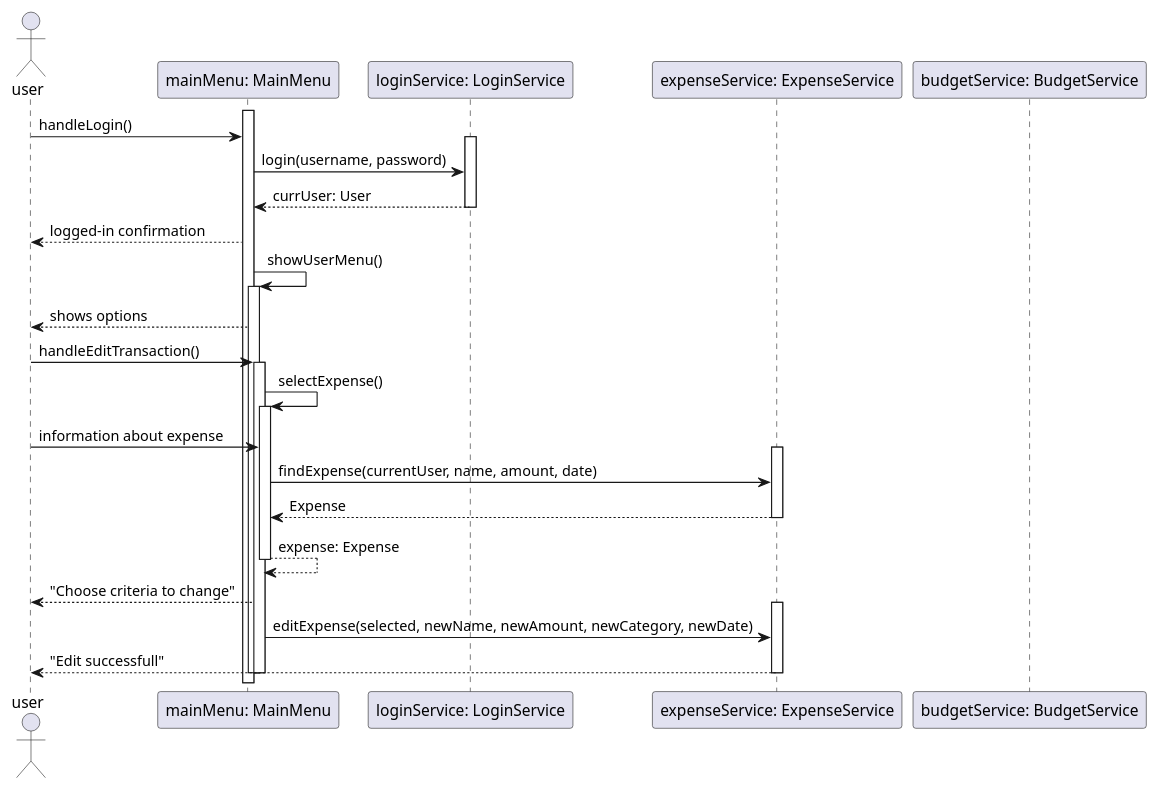
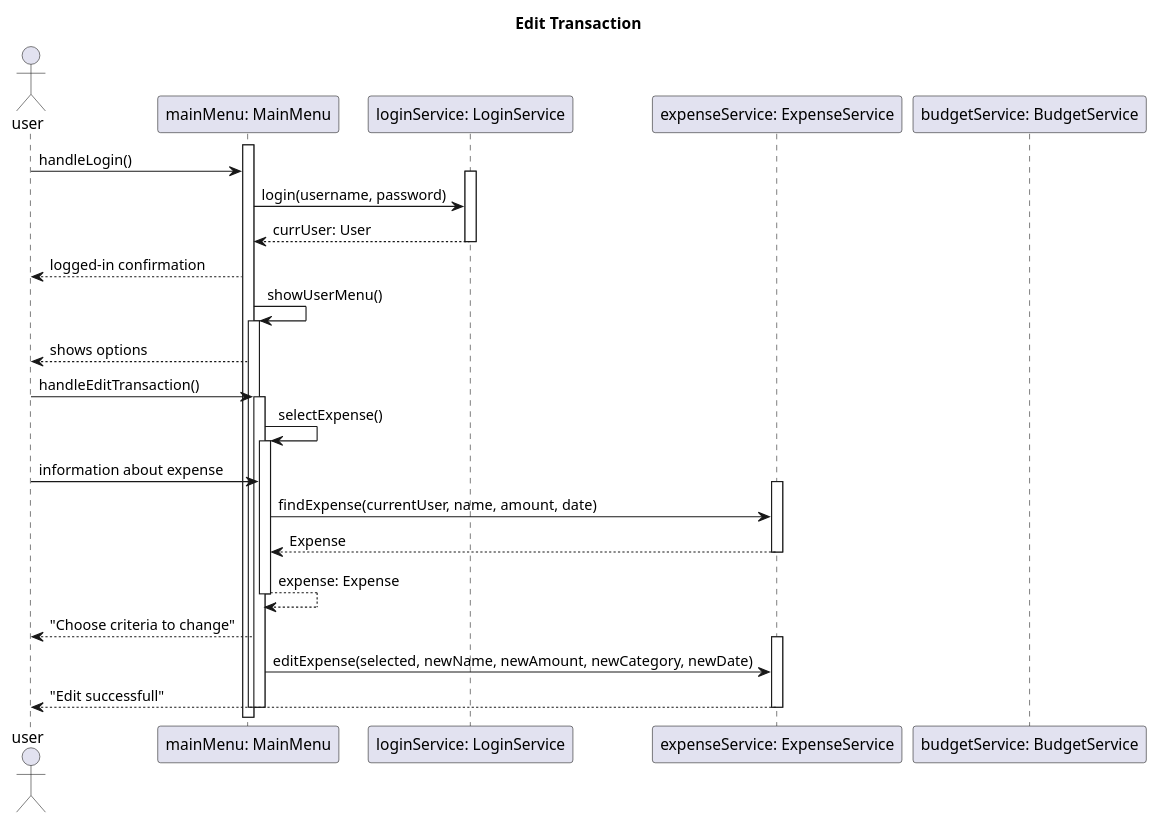
The diagram in UML/seq_editTrans.puml (subisksbn/OOP_final_financeTracker), drawn with PlantUML before and after one commit. The commit also changed 2 other files, not shown here.

Commit message:
Finished seq diagram for Use Case #3: Delete expense/transaction

```diff
--- a/UML/seq_editTrans.puml
+++ b/UML/seq_editTrans.puml
@@ -1,58 +1,59 @@
 @startuml
+title Edit Transaction
 actor user
 participant "mainMenu: MainMenu" as mainMenu
 participant "loginService: LoginService" as loginService
 
 participant "expenseService: ExpenseService" as expenseService
 participant "budgetService: BudgetService" as budgetService
 
 ' showMenu() -> handleLogin() -> login(user, pass) ->
 
 activate mainMenu
     user -> mainMenu: handleLogin()
     
     activate loginService
         mainMenu -> loginService: login(username, password)
         loginService --> mainMenu: currUser: User
     deactivate loginService
     mainMenu --> user: logged-in confirmation
 
     
     mainMenu -> mainMenu: showUserMenu()
     'showUserMenu()
     activate mainMenu
         ' User chooses 2. Edit a transaction
         mainMenu --> user: shows options
         
             user -> mainMenu: handleEditTransaction()
             activate mainMenu
                 ' Enter information for a specific transaction, selectExpense()
                 mainMenu -> mainMenu: selectExpense()
                     activate mainMenu 
                     ' use enters information
                     user -> mainMenu: information about expense
                     ' expenseService finds an expense based on on info
                     activate expenseService
                         mainMenu -> expenseService: findExpense(currentUser, name, amount, date)
                         expenseService --> mainMenu: Expense
                     deactivate expenseService
                     mainMenu --> mainMenu: expense: Expense
                 deactivate mainMenu 
                 ' end of menu: selectExpense()
 
                 mainMenu --> user: "Choose criteria to change"
 
                 ' expenseService edits
                 activate expenseService
                     mainMenu -> expenseService: editExpense(selected, newName, newAmount, newCategory, newDate)
                     expenseService --> user: "Edit successfull"
                 deactivate expenseService
 
             'deactivate handleEditTransaction()
             deactivate mainMenu 
 
     'deactivate showUserMenu()
     deactivate mainMenu
 
 'mainMenu: show()
 @enduml
```
